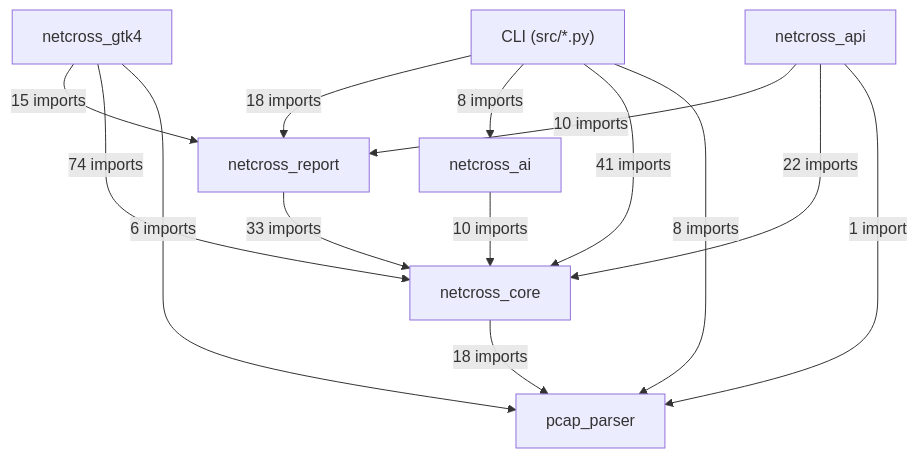
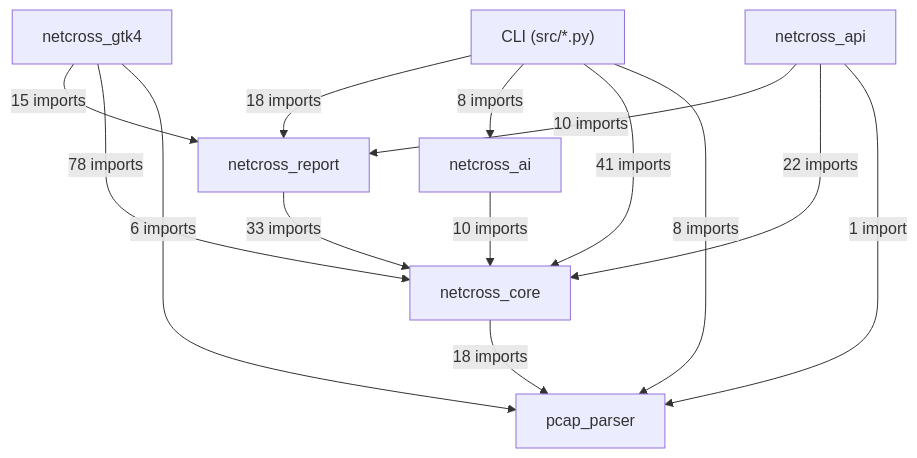
One commit to Mathide-Team/Netcross changed the first of 19 diagrams in docs/class-diagram.md. Above: the diagram before and after it, drawn with Mermaid. The commit also changed other lines of this file and 10 other files, not shown here.

````diff
--- a/docs/class-diagram.md
+++ b/docs/class-diagram.md
@@ -26,23 +26,23 @@
 ```mermaid
 flowchart TD
     CLI["CLI (src/*.py)"]
     netcross_gtk4["netcross_gtk4"]
     netcross_api["netcross_api"]
     netcross_report["netcross_report"]
     netcross_ai["netcross_ai"]
     netcross_core["netcross_core"]
     pcap_parser["pcap_parser"]
     CLI -->|"18 imports"| netcross_report
     CLI -->|"8 imports"| netcross_ai
     CLI -->|"41 imports"| netcross_core
     CLI -->|"8 imports"| pcap_parser
     netcross_gtk4 -->|"15 imports"| netcross_report
-    netcross_gtk4 -->|"74 imports"| netcross_core
+    netcross_gtk4 -->|"78 imports"| netcross_core
     netcross_gtk4 -->|"6 imports"| pcap_parser
     netcross_api -->|"10 imports"| netcross_report
     netcross_api -->|"22 imports"| netcross_core
     netcross_api -->|"1 import"| pcap_parser
     netcross_report -->|"33 imports"| netcross_core
     netcross_ai -->|"10 imports"| netcross_core
     netcross_core -->|"18 imports"| pcap_parser
 ```
````
